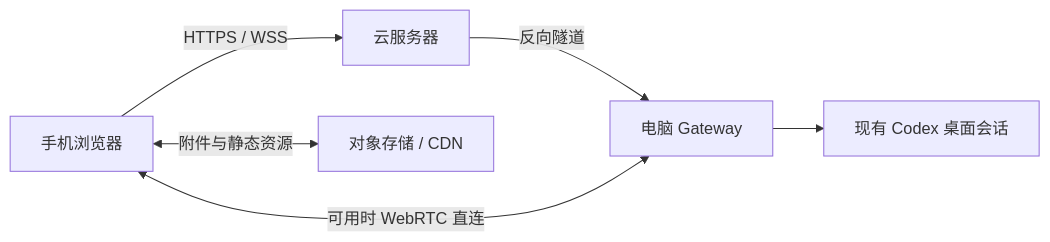
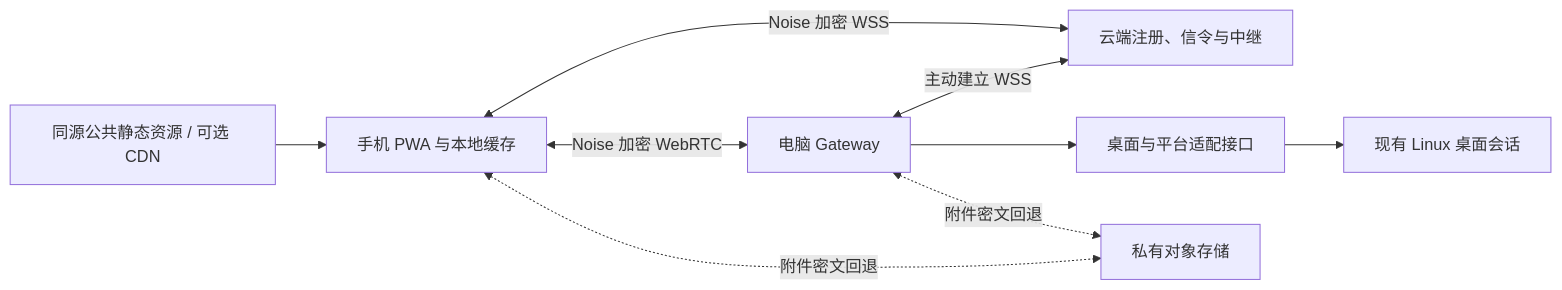
The diagram in README.md (muxkin/Remote-Agent-Control), drawn with Mermaid before and after one commit. The commit also changed other lines of this file and 108 other files, not shown here.

````diff
--- a/README.md
+++ b/README.md
@@ -99,8 +101,10 @@
 ```mermaid
 flowchart LR
-    Phone[手机浏览器] -->|HTTPS / WSS| Cloud[云服务器]
-    Cloud -->|反向隧道| Gateway[电脑 Gateway]
-    Gateway --> Desktop[现有 Codex 桌面会话]
-    Phone <-->|可用时 WebRTC 直连| Gateway
-    Phone <-->|附件与静态资源| Storage[对象存储 / CDN]
+    Phone[手机 PWA 与本地缓存] <-->|Noise 加密 WSS| Cloud[云端注册、信令与中继]
+    Gateway[电脑 Gateway] <-->|主动建立 WSS| Cloud
+    Phone <-->|Noise 加密 WebRTC| Gateway
+    Gateway --> Adapter[桌面与平台适配接口] --> Desktop[现有 Linux 桌面会话]
+    Phone <-.->|附件密文回退| Storage[私有对象存储]
+    Gateway <-.->|附件密文回退| Storage
+    CDN[同源公共静态资源 / 可选 CDN] --> Phone
 ```
````
